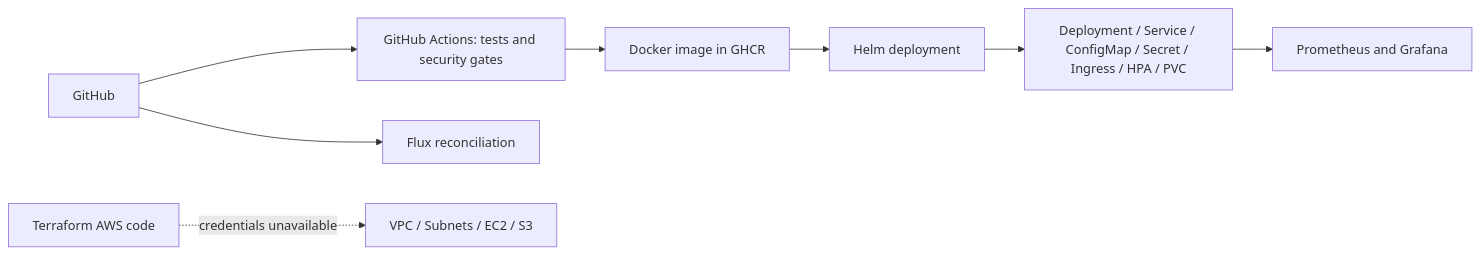
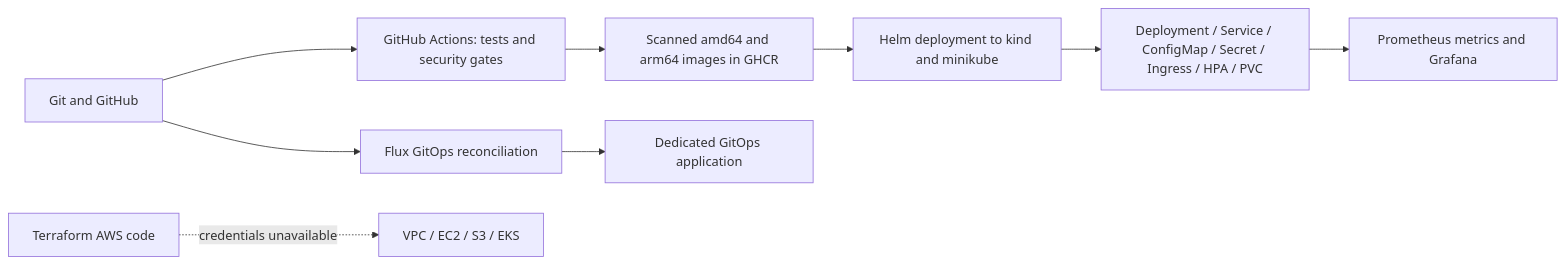
Before and after one commit to rajasurya-rjs/devops-heros: the diagram in final-devops-project/README.md, drawn with Mermaid. The commit also changed other lines of this file and 135 other files, not shown here.

Commit message:
Complete remaining local DevOps assignments and document AWS execution blockers [skip ci]

````diff
--- a/final-devops-project/README.md
+++ b/final-devops-project/README.md
@@ -13,10 +16,11 @@
 ```mermaid
 flowchart LR
-  Git[GitHub] --> CI[GitHub Actions: tests and security gates]
-  CI --> Image[Docker image in GHCR]
-  Image --> Helm[Helm deployment]
+  Git[Git and GitHub] --> CI[GitHub Actions: tests and security gates]
+  CI --> Image[Scanned amd64 and arm64 images in GHCR]
+  Image --> Helm[Helm deployment to kind and minikube]
   Helm --> K8s[Deployment / Service / ConfigMap / Secret / Ingress / HPA / PVC]
-  K8s --> Monitor[Prometheus and Grafana]
-  Git --> Flux[Flux reconciliation]
-  Terraform[Terraform AWS code] -. credentials unavailable .-> Cloud[VPC / Subnets / EC2 / S3]
+  K8s --> Monitor[Prometheus metrics and Grafana]
+  Git --> Flux[Flux GitOps reconciliation]
+  Flux --> Demo[Dedicated GitOps application]
+  Terraform[Terraform AWS code] -. credentials unavailable .-> Cloud[VPC / EC2 / S3 / EKS]
 ```
````
